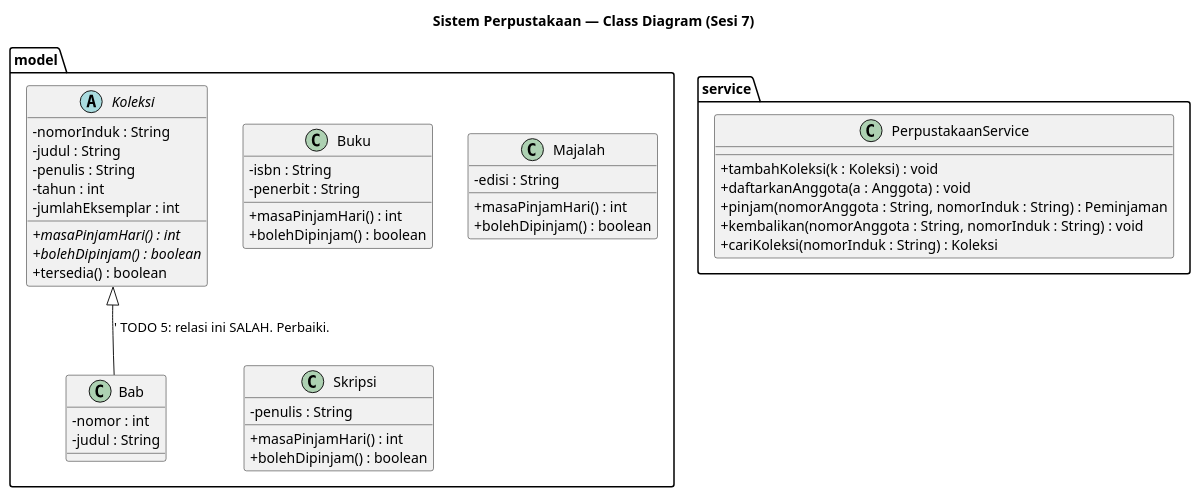
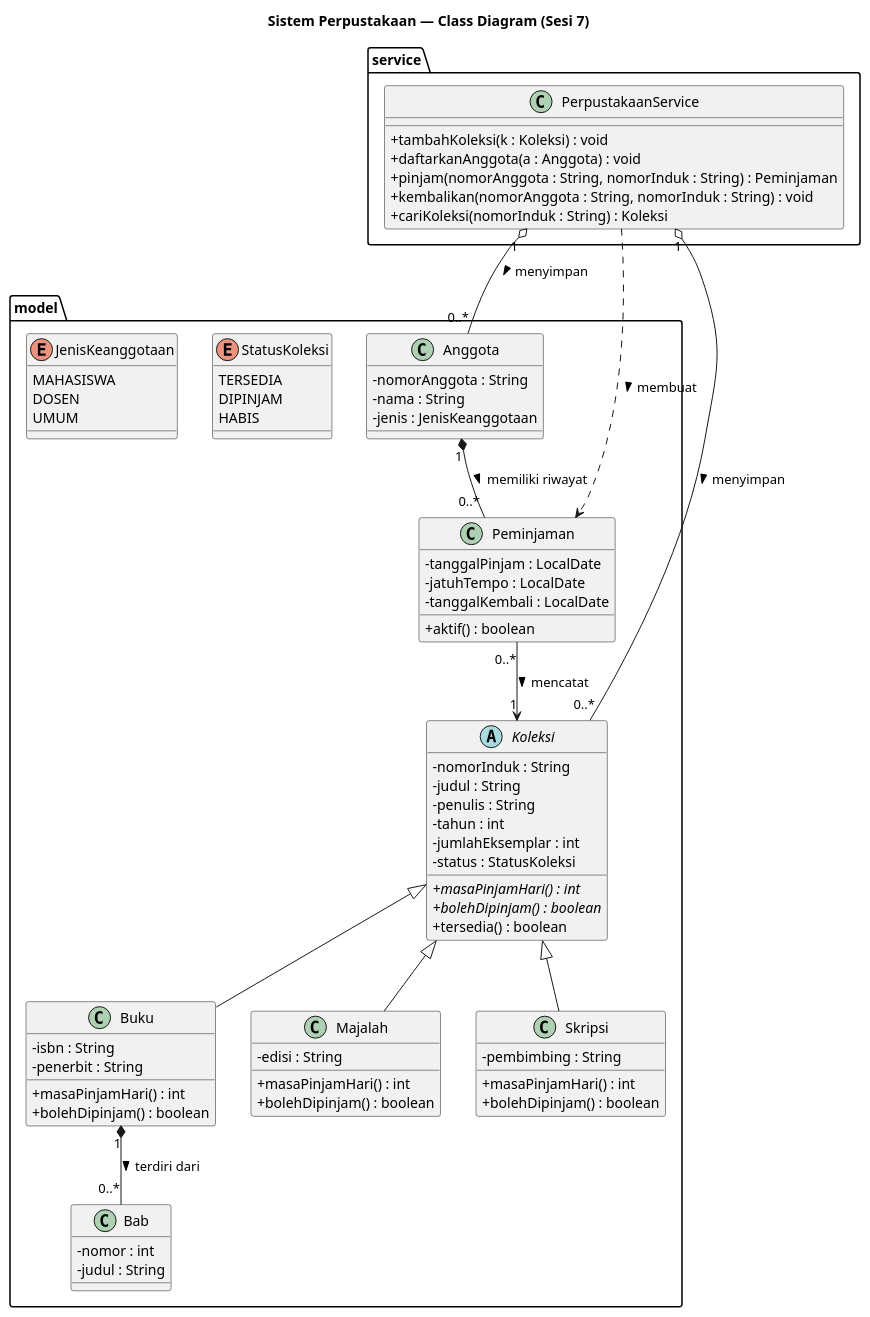
One commit to mirza0921/Praktikum-PBO-A-Muhamad-Aria-Khalil-Mirzahamzah-4525210094 changed the diagram in Pertemuan 7/starter/uml/perpustakaan-kerangka.puml. Above: the diagram before and after it, drawn with PlantUML. The commit also changed other lines of this file and 79 other files, not shown here.

```diff
--- a/Pertemuan 7/starter/uml/perpustakaan-kerangka.puml
+++ b/Pertemuan 7/starter/uml/perpustakaan-kerangka.puml
@@ -1,83 +1,134 @@
 @startuml perpustakaan-class
 title Sistem Perpustakaan — Class Diagram (Sesi 7)
 
 skinparam classAttributeIconSize 0
 skinparam shadowing false
 
 ' ─────────────────────────────────────────────────────────────
 ' KERANGKA. Lengkapi setiap bagian bertanda TODO.
 ' Setiap kelas di sini harus ada di kode Anda, dan sebaliknya.
 ' ─────────────────────────────────────────────────────────────
 
 package model {
 
   abstract class Koleksi {
     - nomorInduk : String
     - judul : String
     - penulis : String
     - tahun : int
     - jumlahEksemplar : int
+    - status : StatusKoleksi
     + {abstract} masaPinjamHari() : int
     + {abstract} bolehDipinjam() : boolean
     + tersedia() : boolean
   }
 
   ' TODO 1: tambahkan tiga turunan Koleksi — Buku, Majalah, Skripsi.
   '         Perhatikan masa pinjam masing-masing.
+  '
+  ' Keputusan: Buku dipinjam 14 hari, Majalah 7 hari,
+  ' Skripsi hanya baca di tempat (masa pinjam 0, tidak boleh dipinjam).
+  ' Angka ini perlu dicocokkan dengan deskripsi-kebutuhan.md.
+  Koleksi <|-- Buku
+  Koleksi <|-- Majalah
+  Koleksi <|-- Skripsi
 
   class Buku {
     - isbn : String
     - penerbit : String
-    + masaPinjamHari() : int  
+    + masaPinjamHari() : int
     + bolehDipinjam() : boolean
   }
 
   class Majalah {
     - edisi : String
-    + masaPinjamHari() : int  
+    + masaPinjamHari() : int
     + bolehDipinjam() : boolean
   }
 
   class Skripsi {
-    - penulis : String
-    + masaPinjamHari() : int  
+    - pembimbing : String
+    + masaPinjamHari() : int
     + bolehDipinjam() : boolean
   }
 
   class Bab {
     - nomor : int
     - judul : String
   }
 
   ' TODO 2: tambahkan kelas Anggota dan Peminjaman beserta atributnya.
+  class Anggota {
+    - nomorAnggota : String
+    - nama : String
+    - jenis : JenisKeanggotaan
+  }
+
+  class Peminjaman {
+    - tanggalPinjam : LocalDate
+    - jatuhTempo : LocalDate
+    ' tanggalKembali bernilai null selama buku belum dikembalikan
+    - tanggalKembali : LocalDate
+    + aktif() : boolean
+  }
 
   ' TODO 3: tambahkan enum StatusKoleksi dan enum/kelas JenisKeanggotaan.
+  enum StatusKoleksi {
+    TERSEDIA
+    DIPINJAM
+    HABIS
+  }
+
+  enum JenisKeanggotaan {
+    MAHASISWA
+    DOSEN
+    UMUM
+  }
 
   ' ── RELASI ───────────────────────────────────────────────
   ' TODO 4: lengkapi relasi berikut. Untuk setiap relasi, tentukan
   '         derajat keterikatannya DAN tulis multiplicity di kedua ujung.
   '
   '   Notasi:  *--  komposisi   o--  agregasi   -->  asosiasi   ..>  dependensi
   '
   ' Buku ? Bab                 -> pikirkan: bab bisa hidup tanpa buku?
   ' Anggota ? Peminjaman       -> pikirkan: peminjaman bisa hidup tanpa anggota?
   ' Peminjaman ? Koleksi       -> pikirkan: koleksi bisa hidup tanpa peminjaman?
+  '
+  ' Jawaban:
+  ' - Buku *-- Bab: komposisi. Bab tidak punya arti tanpa buku induknya.
+  ' - Anggota *-- Peminjaman: komposisi. Riwayat pinjam dimiliki anggota.
+  ' - Peminjaman --> Koleksi: asosiasi. Koleksi tidak memiliki peminjaman
+  '   (koleksi tetap ada walau tidak pernah dipinjam), dan peminjaman
+  '   bukan bagian dari koleksi.
+  Buku "1" *-- "0..*" Bab : terdiri dari >
+  Anggota "1" *-- "0..*" Peminjaman : memiliki riwayat >
+  Peminjaman "0..*" --> "1" Koleksi : mencatat >
 
-  Koleksi <|-- Bab : ' TODO 5: relasi ini SALAH. Perbaiki.
+  ' TODO 5: relasi ini SALAH. Perbaiki.
+  ' Sudah diperbaiki: Bab bukan turunan Koleksi, melainkan bagian dari Buku
+  ' (lihat relasi Buku *-- Bab di TODO 4). Relasi Koleksi <|-- Bab dihapus.
 
 }
 
 package service {
   class PerpustakaanService {
     + tambahKoleksi(k : Koleksi) : void
     + daftarkanAnggota(a : Anggota) : void
     + pinjam(nomorAnggota : String, nomorInduk : String) : Peminjaman
     + kembalikan(nomorAnggota : String, nomorInduk : String) : void
     + cariKoleksi(nomorInduk : String) : Koleksi
   }
 
   ' TODO 6: tambahkan relasi antara PerpustakaanService dengan Koleksi
   '         dan Anggota. Agregasi atau komposisi? Beri alasannya di analisis.md.
+  '
+  ' Keputusan: agregasi. Layanan hanya menyimpan referensi ke koleksi dan
+  ' anggota yang dibuat di luar. Koleksi dan anggota tetap ada meski
+  ' layanan dihentikan. Sejalan dengan keputusan agregasi di PerpustakaanService.java.
+  PerpustakaanService "1" o-- "0..*" Koleksi : menyimpan >
+  PerpustakaanService "1" o-- "0..*" Anggota : menyimpan >
+  PerpustakaanService ..> Peminjaman : membuat >
 }
 
 @enduml
```
